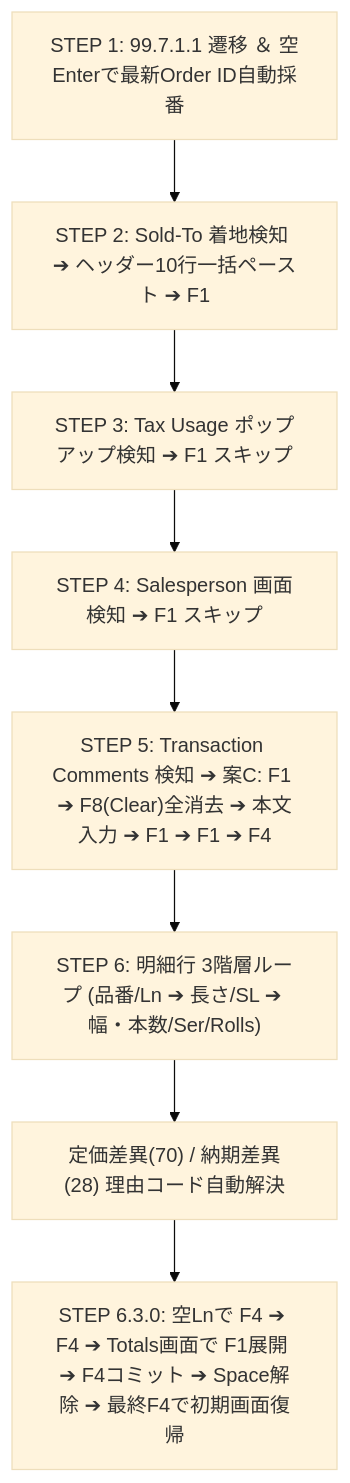
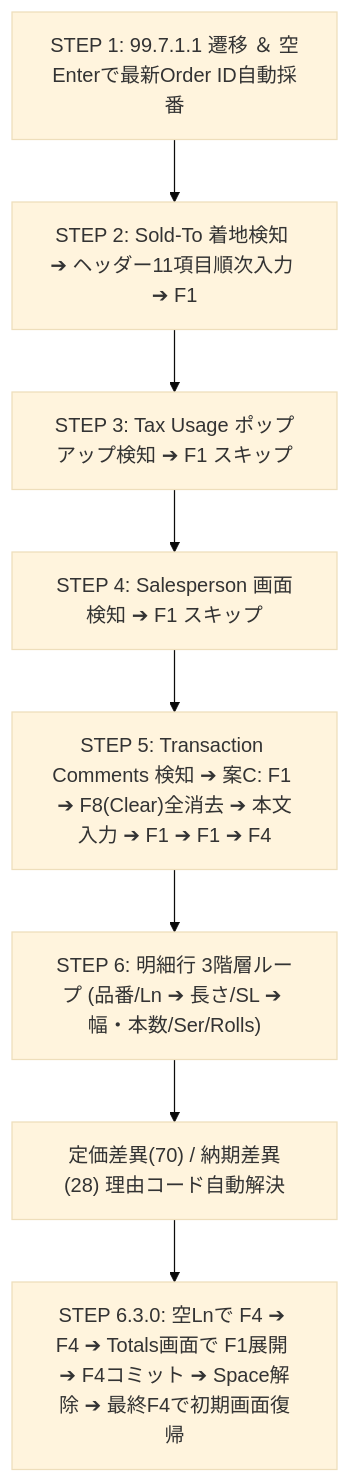
The diagram in AI引継ぎ用_QAD自動化設計書.md (snofinbiqnubiquitous-ship-it/mfgpro_controller), drawn with Mermaid (base theme) before and after one commit. The commit also changed other lines of this file and 7 other files, not shown here.

````diff
--- a/AI引継ぎ用_QAD自動化設計書.md
+++ b/AI引継ぎ用_QAD自動化設計書.md
@@ -116,10 +116,10 @@
 ```mermaid
 flowchart TD
-    S1["STEP 1: 99.7.1.1 遷移 ＆ 空Enterで最新Order ID自動採番"] --> S2["STEP 2: Sold-To 着地検知 ➔ ヘッダー10行一括ペースト ➔ F1"]
+    S1["STEP 1: 99.7.1.1 遷移 ＆ 空Enterで最新Order ID自動採番"] --> S2["STEP 2: Sold-To 着地検知 ➔ ヘッダー11項目順次入力 ➔ F1"]
     S2 --> S3["STEP 3: Tax Usage ポップアップ検知 ➔ F1 スキップ"]
     S3 --> S4["STEP 4: Salesperson 画面検知 ➔ F1 スキップ"]
     S4 --> S5["STEP 5: Transaction Comments 検知 ➔ 案C: F1 ➔ F8(Clear)全消去 ➔ 本文入力 ➔ F1 ➔ F1 ➔ F4"]
     S5 --> S6["STEP 6: 明細行 3階層ループ (品番/Ln ➔ 長さ/SL ➔ 幅・本数/Ser/Rolls)"]
     S6 --> S6_Rsn["定価差異(70) / 納期差異(28) 理由コード自動解決"]
     S6_Rsn --> S630["STEP 6.3.0: 空Lnで F4 ➔ F4 ➔ Totals画面で F1展開 ➔ F4コミット ➔ Space解除 ➔ 最終F4で初期画面復帰"]
 ```
````
